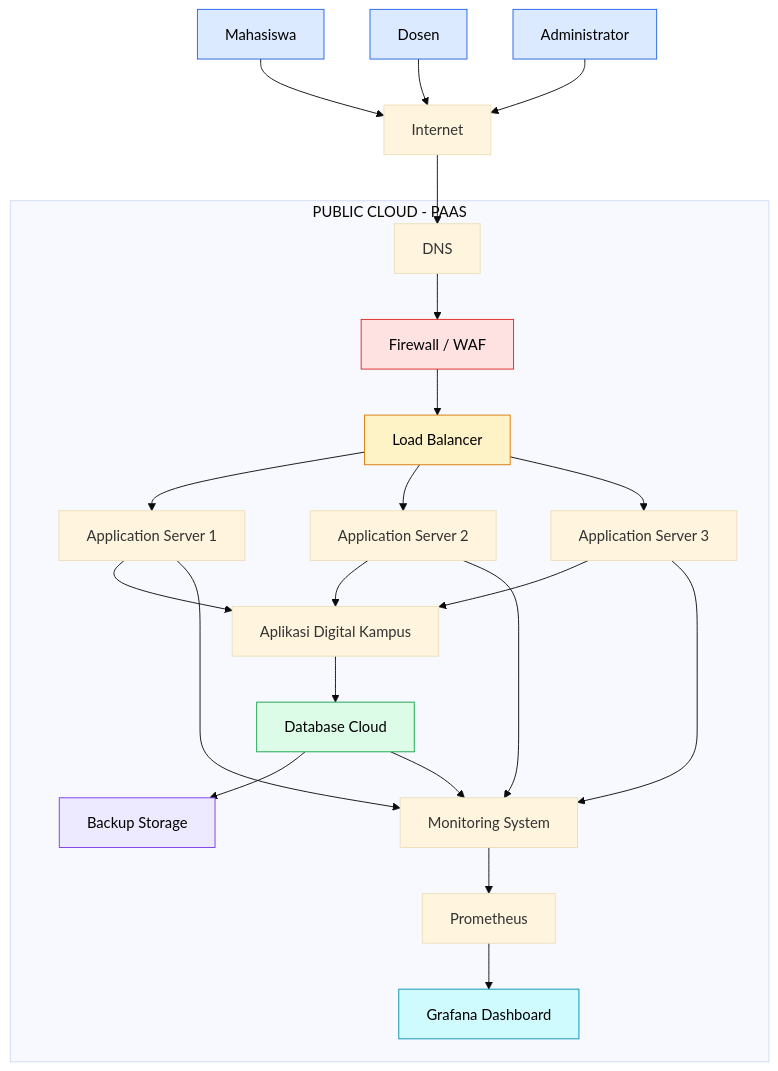
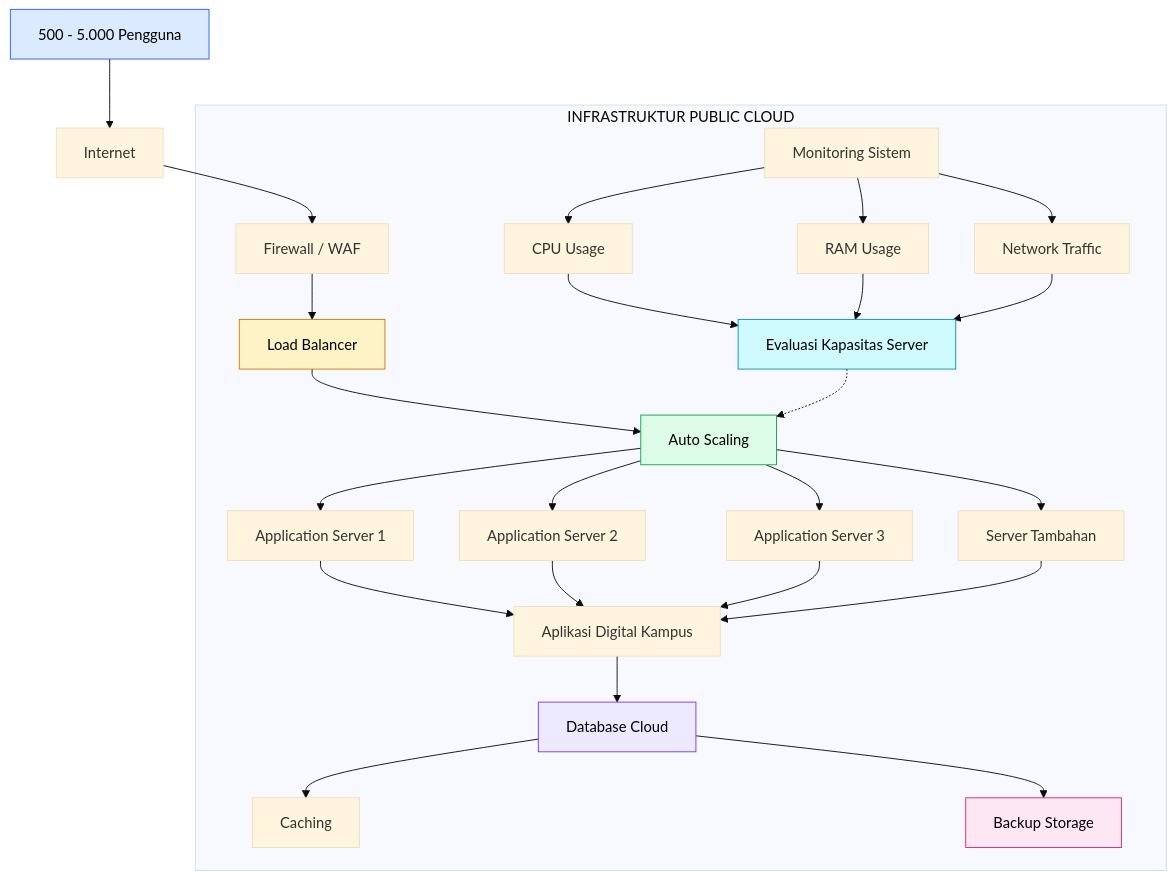
One commit to Yeni006/Diagram-Arsitektur-Cloud-Digital-Kampus changed the diagram in README.md. Above: the diagram before and after it, drawn with Mermaid (base theme). The commit also changed other lines of this file, not shown here.

Commit message:
Update architecture diagram and titles in README

````diff
--- a/README.md
+++ b/README.md
@@ -4,58 +4,64 @@
 ```mermaid
 flowchart TD
+    A["500 - 5.000 Pengguna"]
+    B["Internet"]
+    C["Firewall / WAF"]
+    D["Load Balancer"]
+    E["Auto Scaling"]
 
-    A["Mahasiswa"]
-    B["Dosen"]
-    C["Administrator"]
+    A --> B
+    B --> C
+    C --> D
+    D --> E
 
-    A --> D["Internet"]
-    B --> D
-    C --> D
+    E --> F["Application Server 1"]
+    E --> G["Application Server 2"]
+    E --> H["Application Server 3"]
+    E --> I["Server Tambahan"]
 
-    D --> E["DNS"]
-    E --> F["Firewall / WAF"]
-    F --> G["Load Balancer"]
+    F --> J["Aplikasi Digital Kampus"]
+    G --> J
+    H --> J
+    I --> J
 
-    G --> H["Application Server 1"]
-    G --> I["Application Server 2"]
-    G --> J["Application Server 3"]
+    J --> K["Database Cloud"]
+    K --> L["Caching"]
+    K --> M["Backup Storage"]
 
-    H --> K["Aplikasi Digital Kampus"]
-    I --> K
-    J --> K
+    N["Monitoring Sistem"]
+    N --> O["CPU Usage"]
+    N --> P["RAM Usage"]
+    N --> Q["Network Traffic"]
 
-    K --> L["Database Cloud"]
-    L --> M["Backup Storage"]
+    O --> R["Evaluasi Kapasitas Server"]
+    P --> R
+    Q --> R
 
-    H --> N["Monitoring System"]
-    I --> N
-    J --> N
-    L --> N
+    R -.-> E
 
-    N --> O["Prometheus"]
-    O --> P["Grafana Dashboard"]
-
-    subgraph CLOUD["PUBLIC CLOUD - PAAS"]
+    subgraph CLOUD["INFRASTRUKTUR PUBLIC CLOUD"]
+        C
+        D
         E
         F
         G
         H
         I
         J
         K
         L
         M
         N
         O
         P
+        Q
+        R
     end
 
     style A fill:#dbeafe,stroke:#2563eb,color:#000
-    style B fill:#dbeafe,stroke:#2563eb,color:#000
-    style C fill:#dbeafe,stroke:#2563eb,color:#000
-    style F fill:#fee2e2,stroke:#dc2626,color:#000
-    style G fill:#fef3c7,stroke:#d97706,color:#000
-    style L fill:#dcfce7,stroke:#16a34a,color:#000
-    style M fill:#ede9fe,stroke:#7c3aed,color:#000
-    style P fill:#cffafe,stroke:#0891b2,color:#000
+    style D fill:#fef3c7,stroke:#d97706,color:#000
+    style E fill:#dcfce7,stroke:#16a34a,color:#000
+    style K fill:#ede9fe,stroke:#7c3aed,color:#000
+    style M fill:#fce7f3,stroke:#db2777,color:#000
+    style R fill:#cffafe,stroke:#0891b2,color:#000
 ```
````
